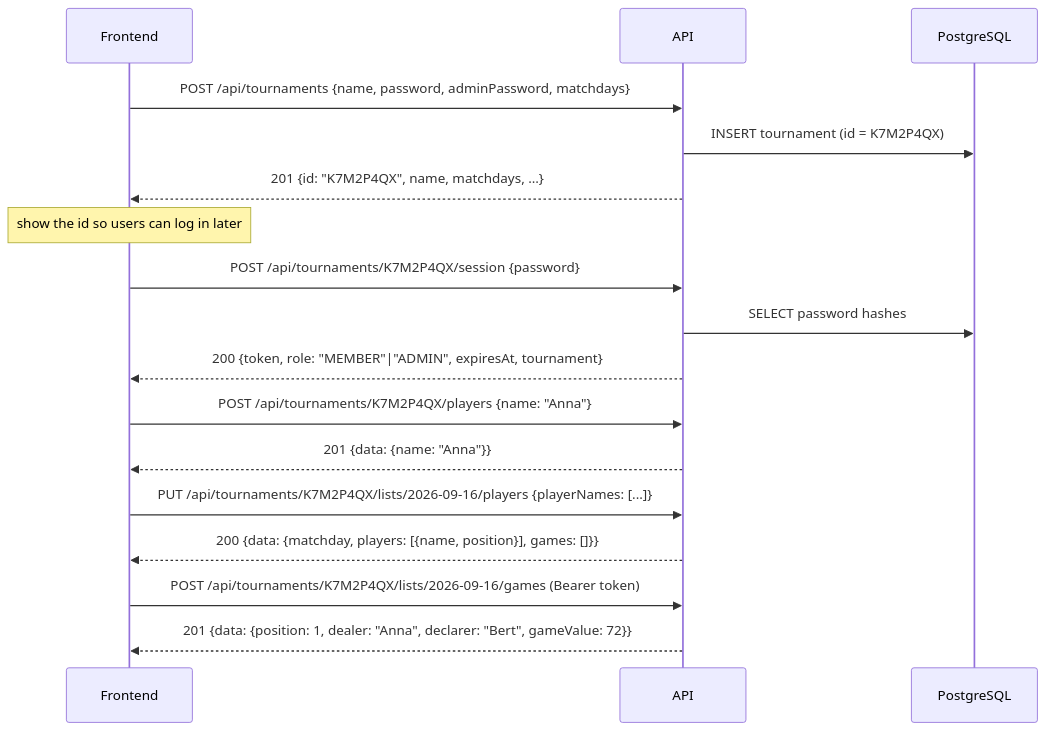
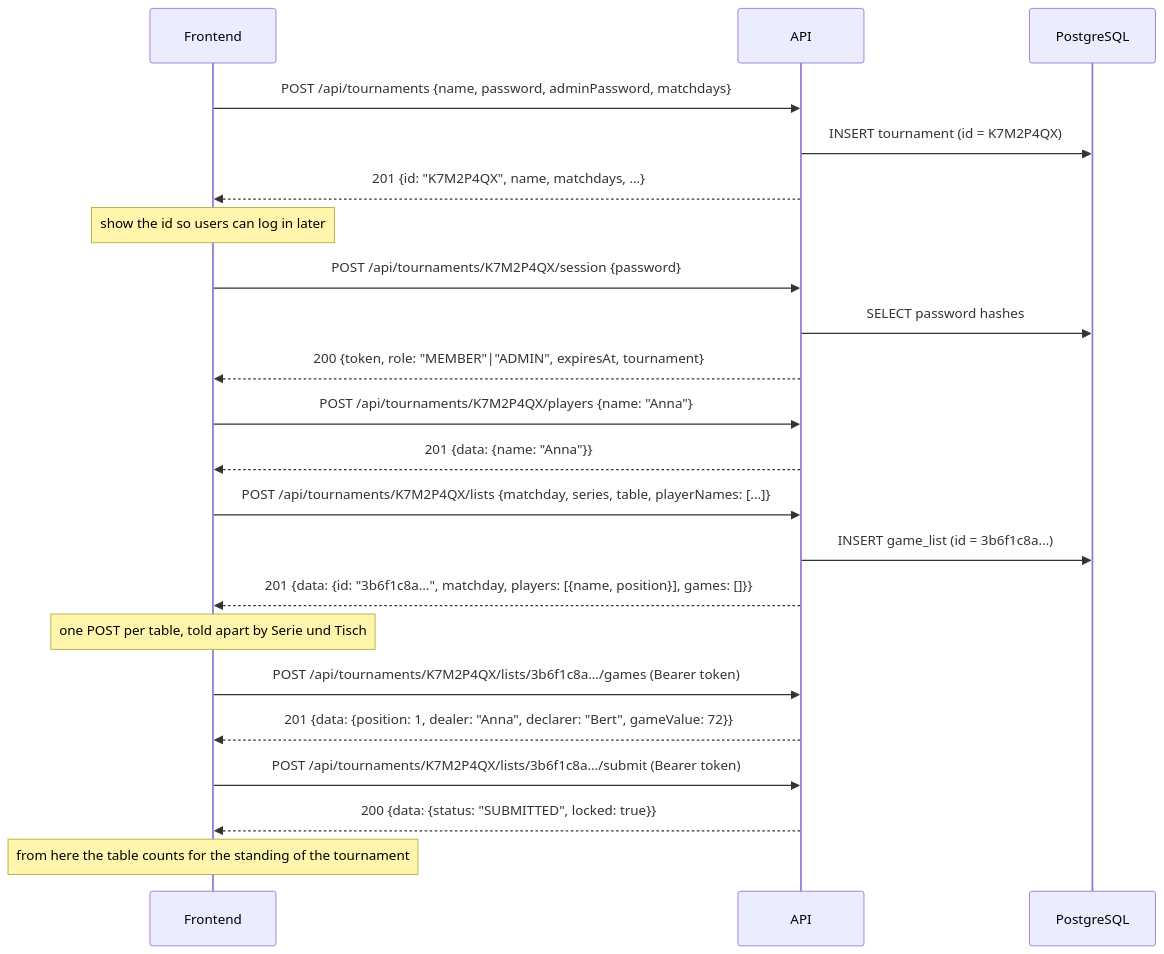
One commit to TropicLegend/skatis changed the diagram in backend/README.md. Above: the diagram before and after it, drawn with Mermaid. The commit also changed other lines of this file and 19 other files, not shown here.

First line of the commit message:
Let a matchday hold several lists and put the head of the sheet on them

````diff
--- a/backend/README.md
+++ b/backend/README.md
@@ -95,20 +96,25 @@
 ```mermaid
 sequenceDiagram
     participant F as Frontend
     participant A as API
     participant D as PostgreSQL
 
     F->>A: POST /api/tournaments {name, password, adminPassword, matchdays}
     A->>D: INSERT tournament (id = K7M2P4QX)
     A-->>F: 201 {id: "K7M2P4QX", name, matchdays, …}
     Note over F: show the id so users can log in later
     F->>A: POST /api/tournaments/K7M2P4QX/session {password}
     A->>D: SELECT password hashes
     A-->>F: 200 {token, role: "MEMBER"|"ADMIN", expiresAt, tournament}
     F->>A: POST /api/tournaments/K7M2P4QX/players {name: "Anna"}
     A-->>F: 201 {data: {name: "Anna"}}
-    F->>A: PUT /api/tournaments/K7M2P4QX/lists/2026-09-16/players {playerNames: [...]}
-    A-->>F: 200 {data: {matchday, players: [{name, position}], games: []}}
-    F->>A: POST /api/tournaments/K7M2P4QX/lists/2026-09-16/games (Bearer token)
+    F->>A: POST /api/tournaments/K7M2P4QX/lists {matchday, series, table, playerNames: [...]}
+    A->>D: INSERT game_list (id = 3b6f1c8a…)
+    A-->>F: 201 {data: {id: "3b6f1c8a…", matchday, players: [{name, position}], games: []}}
+    Note over F: one POST per table, told apart by Serie und Tisch
+    F->>A: POST /api/tournaments/K7M2P4QX/lists/3b6f1c8a…/games (Bearer token)
     A-->>F: 201 {data: {position: 1, dealer: "Anna", declarer: "Bert", gameValue: 72}}
+    F->>A: POST /api/tournaments/K7M2P4QX/lists/3b6f1c8a…/submit (Bearer token)
+    A-->>F: 200 {data: {status: "SUBMITTED", locked: true}}
+    Note over F: from here the table counts for the standing of the tournament
 ```
````
